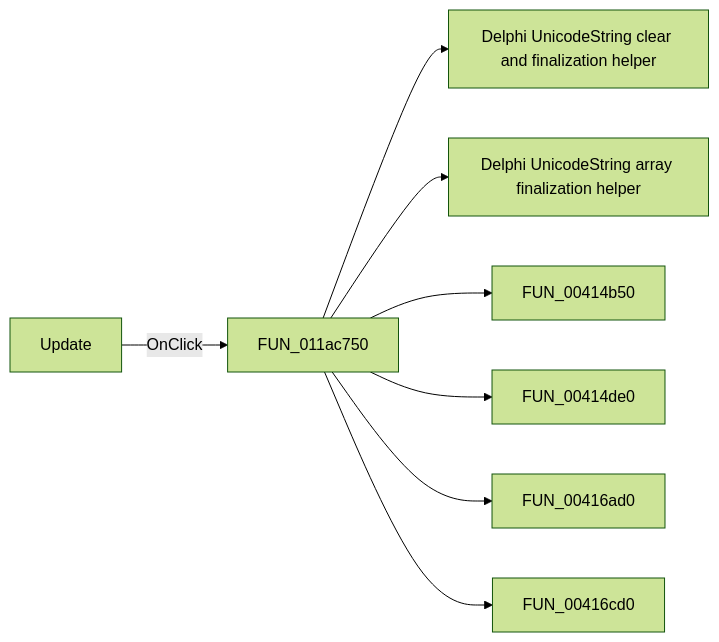
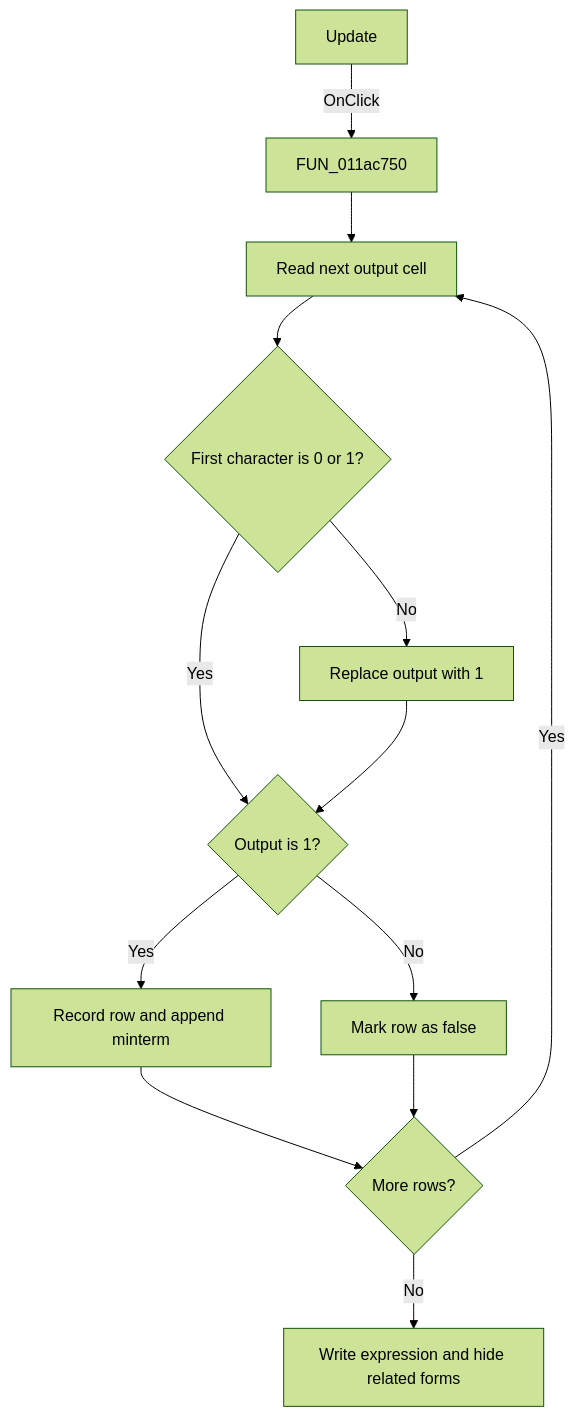
One commit to MovGP0/TIARA changed the diagram in docs/ui-controls/tables-form/updatebtn-15898c7de0.md. Above: the diagram before and after it, drawn with Mermaid (forest theme). The commit also changed other lines of this file and 387 other files, not shown here.

````diff
--- a/docs/ui-controls/tables-form/updatebtn-15898c7de0.md
+++ b/docs/ui-controls/tables-form/updatebtn-15898c7de0.md
@@ -27,10 +27,15 @@
 ```mermaid
-flowchart LR
+flowchart TD
     control["Update"] -->|OnClick| handler["FUN_011ac750"]
-    handler --> call1["Delphi UnicodeString clear and finalization helper"]
-    handler --> call2["Delphi UnicodeString array finalization helper"]
-    handler --> call3["FUN_00414b50"]
-    handler --> call4["FUN_00414de0"]
-    handler --> call5["FUN_00416ad0"]
-    handler --> call6["FUN_00416cd0"]
+    handler --> read["Read next output cell"]
+    read --> valid{"First character is 0 or 1?"}
+    valid -->|No| force["Replace output with 1"]
+    valid -->|Yes| test{"Output is 1?"}
+    force --> test
+    test -->|Yes| term["Record row and append minterm"]
+    test -->|No| clear["Mark row as false"]
+    term --> more{"More rows?"}
+    clear --> more
+    more -->|Yes| read
+    more -->|No| write["Write expression and hide related forms"]
 ```
````
